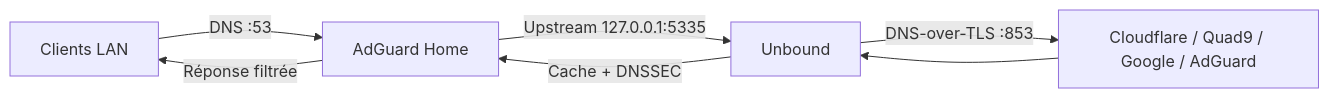
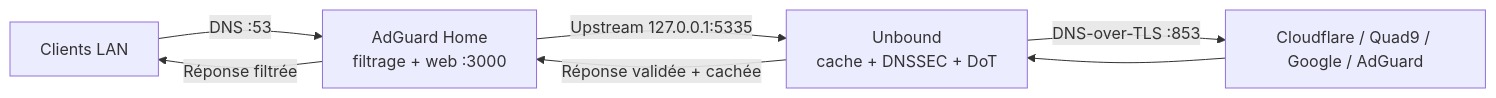
Before and after one commit to nickdesi/unbound-adguard-installer: the diagram in README.md, drawn with Mermaid. The commit also changed other lines of this file, not shown here.

````diff
--- a/README.md
+++ b/README.md
@@ -39,9 +46,9 @@
 ```mermaid
 graph LR
-    Clients[Clients LAN] -->|DNS :53| AGH[AdGuard Home]
-    AGH -->|Upstream 127.0.0.1:5335| UB[Unbound]
+    Clients[Clients LAN] -->|DNS :53| AGH[AdGuard Home<br/>filtrage + web :3000]
+    AGH -->|Upstream 127.0.0.1:5335| UB[Unbound<br/>cache + DNSSEC + DoT]
     UB -->|DNS-over-TLS :853| DOT[Cloudflare / Quad9 / Google / AdGuard]
     DOT --> UB
-    UB -->|Cache + DNSSEC| AGH
+    UB -->|Réponse validée + cachée| AGH
     AGH -->|Réponse filtrée| Clients
 ```
````
